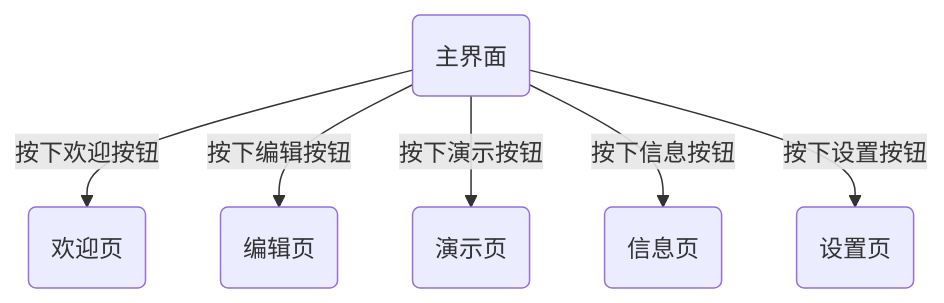
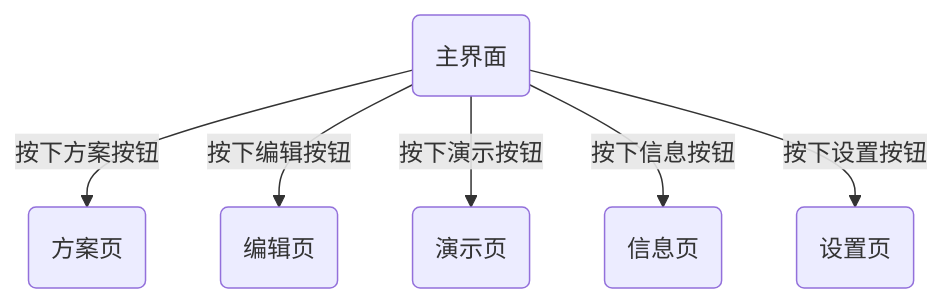
One commit to MJYCo-Ltd/Map changed the first of 22 diagrams in Doc/BGP平台应用层设计.md. Above: the diagram before and after it, drawn with Mermaid. The commit also changed other lines of this file and 10 other files, not shown here.

````diff
--- a/Doc/BGP平台应用层设计.md
+++ b/Doc/BGP平台应用层设计.md
@@ -27,8 +27,8 @@
 ```mermaid
 graph TD; 
-MainWindow(主界面)-->|按下欢迎按钮|WelcomPage(欢迎页); 
+MainWindow(主界面)-->|按下方案按钮|ScenarioPage(方案页); 
 MainWindow(主界面)-->|按下编辑按钮|EditPage(编辑页); 
 MainWindow(主界面)-->|按下演示按钮|PlayPage(演示页); 
 MainWindow(主界面)-->|按下信息按钮|InfoPage(信息页); 
 MainWindow(主界面)-->|按下设置按钮|SettingPage(设置页); 
 ```
````
